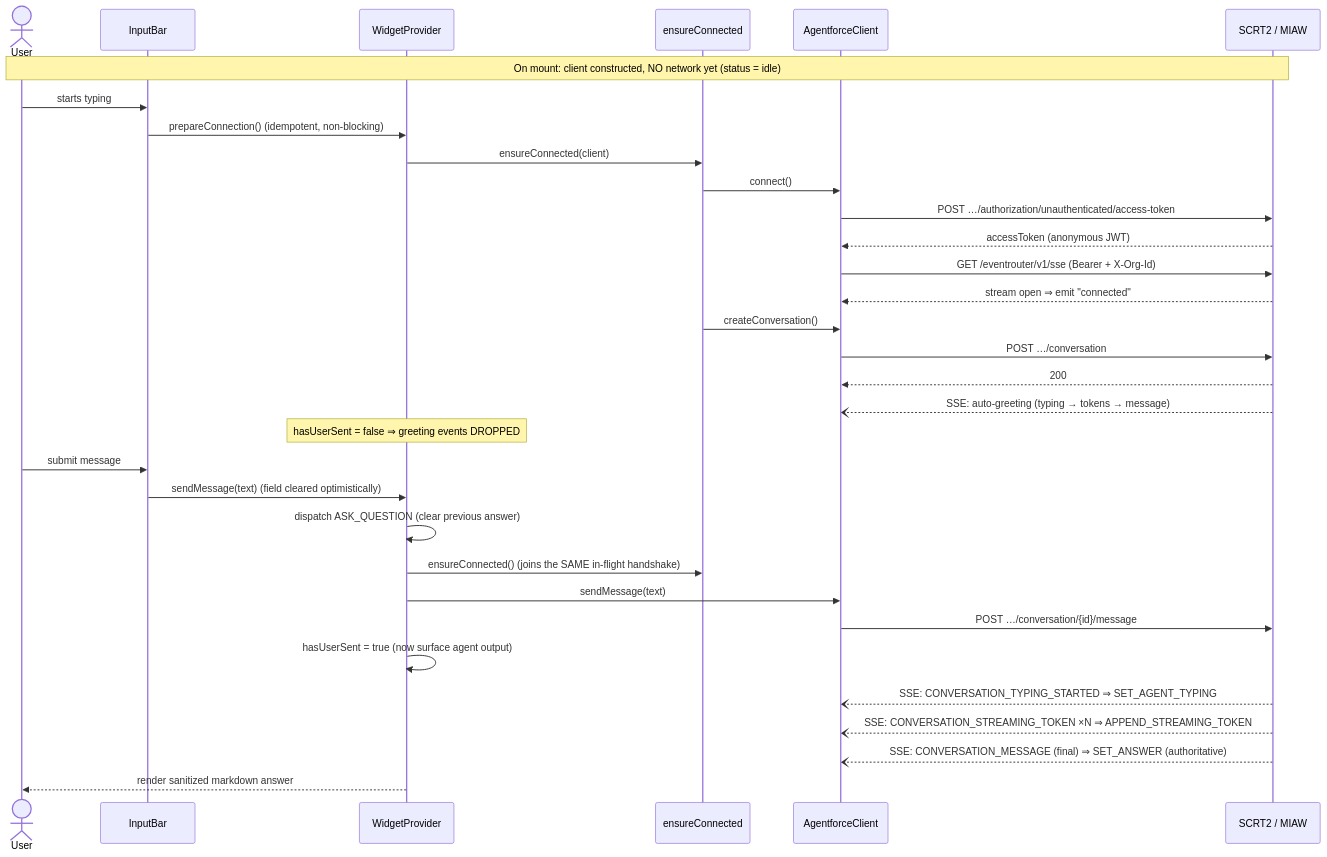
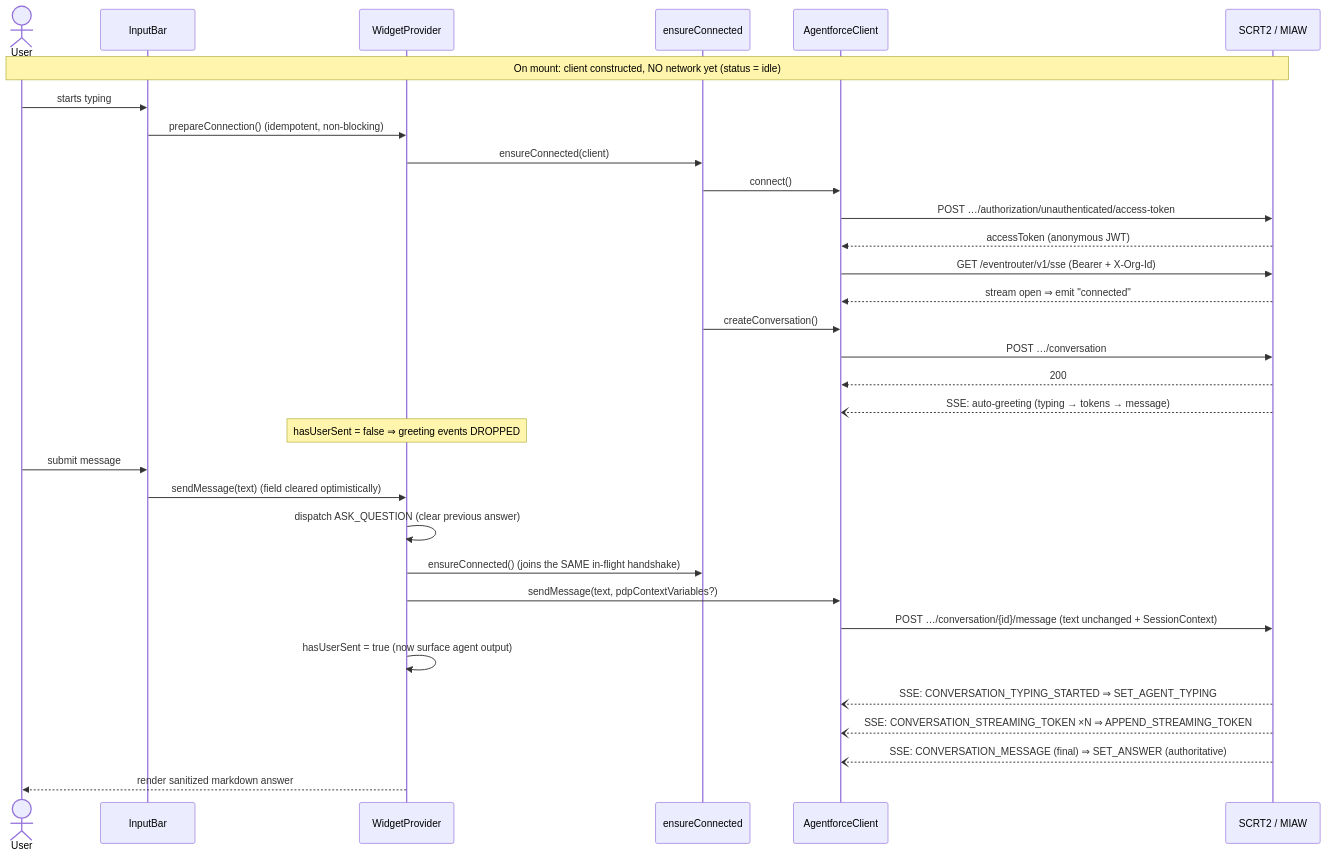
Before and after one commit to SalesforceCommerceCloud/inline-agent-widget: the second of 4 diagrams in docs/architecture.md, drawn with Mermaid. The commit also changed other lines of this file and 14 other files, not shown here.

````diff
--- a/docs/architecture.md
+++ b/docs/architecture.md
@@ -141,37 +141,37 @@
 ```mermaid
 sequenceDiagram
     actor U as User
     participant IB as InputBar
     participant WP as WidgetProvider
     participant EC as ensureConnected
     participant CL as AgentforceClient
     participant SF as SCRT2 / MIAW
 
     Note over U,SF: On mount: client constructed, NO network yet (status = idle)
 
     U->>IB: starts typing
     IB->>WP: prepareConnection()  (idempotent, non-blocking)
     WP->>EC: ensureConnected(client)
     EC->>CL: connect()
     CL->>SF: POST …/authorization/unauthenticated/access-token
     SF-->>CL: accessToken (anonymous JWT)
     CL->>SF: GET /eventrouter/v1/sse  (Bearer + X-Org-Id)
     SF-->>CL: stream open  ⇒ emit "connected"
     EC->>CL: createConversation()
     CL->>SF: POST …/conversation
     SF-->>CL: 200
     SF--)CL: SSE: auto-greeting (typing → tokens → message)
     Note over WP: hasUserSent = false ⇒ greeting events DROPPED
 
     U->>IB: submit message
     IB->>WP: sendMessage(text)  (field cleared optimistically)
     WP->>WP: dispatch ASK_QUESTION (clear previous answer)
     WP->>EC: ensureConnected()  (joins the SAME in-flight handshake)
-    WP->>CL: sendMessage(text)
-    CL->>SF: POST …/conversation/{id}/message
+    WP->>CL: sendMessage(text, pdpContextVariables?)
+    CL->>SF: POST …/conversation/{id}/message (text unchanged + SessionContext)
     WP->>WP: hasUserSent = true  (now surface agent output)
     SF--)CL: SSE: CONVERSATION_TYPING_STARTED  ⇒ SET_AGENT_TYPING
     SF--)CL: SSE: CONVERSATION_STREAMING_TOKEN ×N ⇒ APPEND_STREAMING_TOKEN
     SF--)CL: SSE: CONVERSATION_MESSAGE (final) ⇒ SET_ANSWER (authoritative)
     WP-->>U: render sanitized markdown answer
 ```
````
